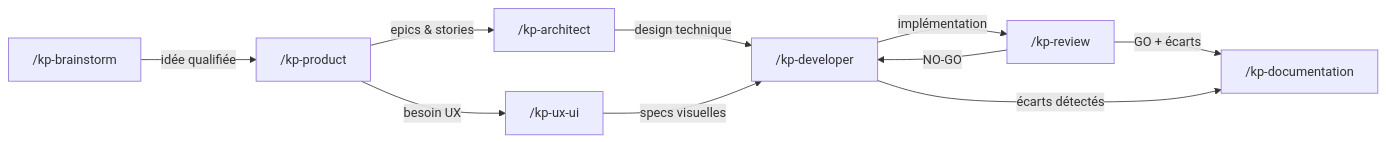
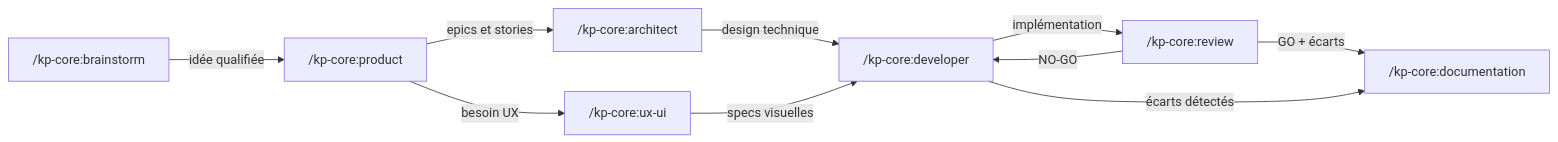
Before and after one commit to KeyProd/kp-agents: the diagram in CLAUDE.md, drawn with Mermaid. The commit also changed other lines of this file and 3 other files, not shown here.

First line of the commit message:
feat(S-0002): update documentation to reflect plugin marketplace architecture

````diff
--- a/CLAUDE.md
+++ b/CLAUDE.md
@@ -70,12 +94,12 @@
 ```mermaid
 flowchart LR
-    B["/kp-brainstorm"] -->|idée qualifiée| P["/kp-product"]
-    P -->|epics & stories| A["/kp-architect"]
-    P -->|besoin UX| UX["/kp-ux-ui"]
-    A -->|design technique| D["/kp-developer"]
+    B["/kp-core:brainstorm"] -->|idée qualifiée| P["/kp-core:product"]
+    P -->|epics et stories| A["/kp-core:architect"]
+    P -->|besoin UX| UX["/kp-core:ux-ui"]
+    A -->|design technique| D["/kp-core:developer"]
     UX -->|specs visuelles| D
-    D -->|implémentation| R["/kp-review"]
+    D -->|implémentation| R["/kp-core:review"]
     R -->|NO-GO| D
-    R -->|GO + écarts| DOC["/kp-documentation"]
+    R -->|GO + écarts| DOC["/kp-core:documentation"]
     D -->|écarts détectés| DOC
 ```
````
